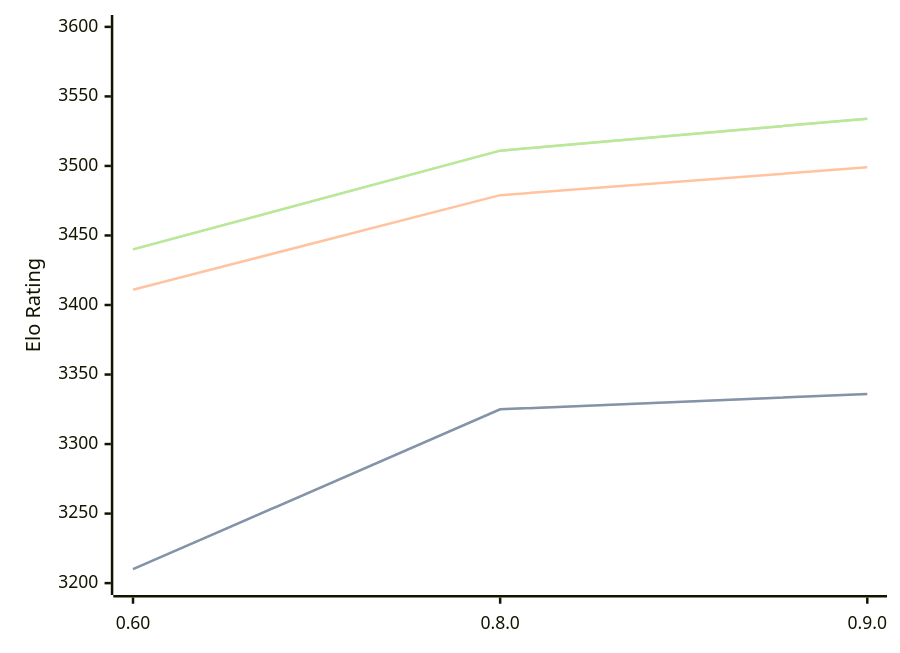
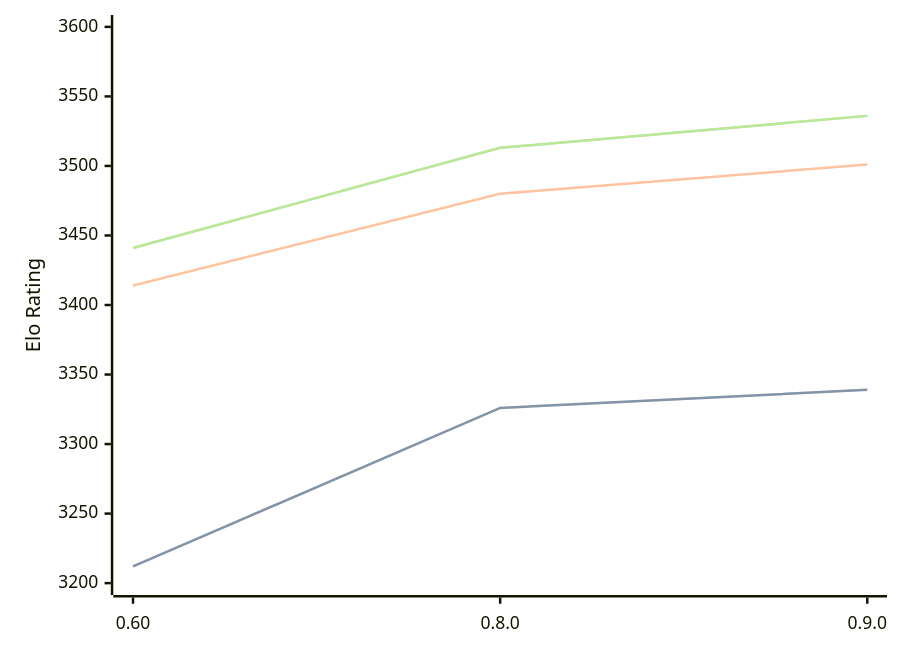
One commit to computer-chess-index/cci changed the diagram in engines/Motor.md. Above: the diagram before and after it, drawn with Mermaid. The commit also changed other lines of this file, not shown here.

Commit message:
Update CCI Ratings (ELO VLTC) - 2026-09-01

````diff
--- a/engines/Motor.md
+++ b/engines/Motor.md
@@ -33,11 +33,11 @@
 ```mermaid
 %%{init: {"theme":"base","themeVariables":{"seriesColors:['#a3a3a3','#222221','#faa371']}}}%%
 xychart-beta
   x-axis ["0.60", "0.8.0", "0.9.0"]
   y-axis "Elo Rating" 3200 --> 3600
-  line "" [3210, 3325, 3336]
-  line "STC (8.0+0.08s)" [3210, 3325, 3336]
-  line "LTC (60.0+0.60s)" [3411, 3479, 3499]
-  line "" [3440, 3511, 3534]
-  line "VLTC (2m24s+1.12s)" [3440, 3511, 3534]
+  line "" [3212, 3326, 3339]
+  line "STC (8.0+0.08s)" [3212, 3326, 3339]
+  line "LTC (60.0+0.60s)" [3414, 3480, 3501]
+  line "" [3441, 3513, 3536]
+  line "VLTC (2m24s+1.12s)" [3441, 3513, 3536]
 ```
````
